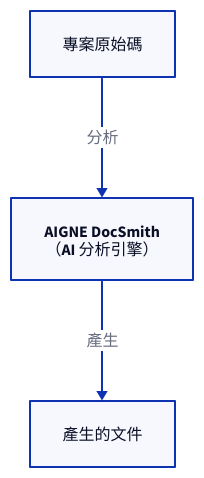
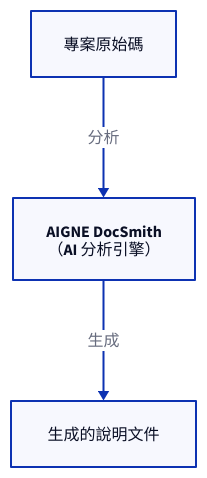
Before and after one commit to AIGNE-io/aigne-doc-smith: the diagram in docs/overview.zh-TW.md, drawn with D2. The commit also changed other lines of this file and 17 other files, not shown here.

````diff
--- a/docs/overview.zh-TW.md
+++ b/docs/overview.zh-TW.md
@@ -11,21 +11,21 @@
 ```d2
 direction: down
 
 Source-Code: {
   label: "專案原始碼"
   shape: rectangle
 }
 
 DocSmith: {
   label: "AIGNE DocSmith\n（AI 分析引擎）"
   shape: rectangle
 }
 
 Docs: {
-  label: "產生的文件"
+  label: "生成的說明文件"
   shape: rectangle
 }
 
 Source-Code -> DocSmith: "分析"
-DocSmith -> Docs: "產生"
+DocSmith -> Docs: "生成"
 ```
````
